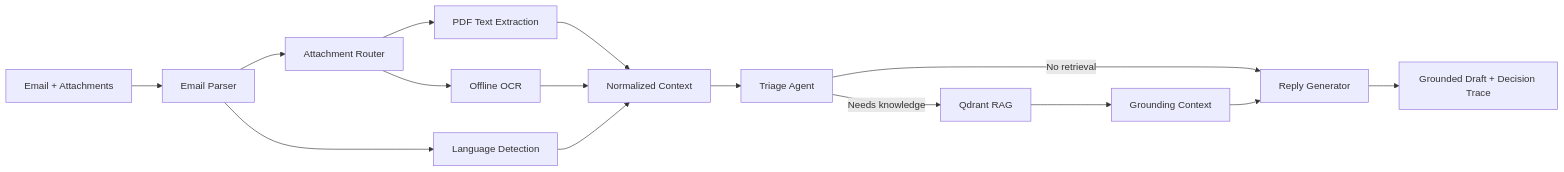
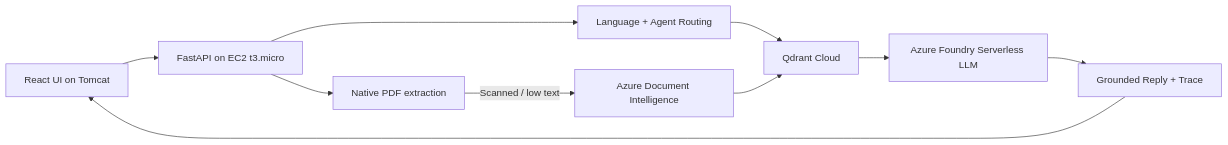
Before and after one commit to kapileshc/email-triage: the diagram in README.md, drawn with Mermaid. The commit also changed other lines of this file and 13 other files, not shown here.

````diff
--- a/README.md
+++ b/README.md
@@ -15,17 +7,12 @@
 ```mermaid
 flowchart LR
-    A[Email + Attachments] --> B[Email Parser]
-    B --> C[Language Detection]
-    B --> D[Attachment Router]
-    D --> E[PDF Text Extraction]
-    D --> F[Offline OCR]
-    E --> G[Normalized Context]
-    F --> G
-    C --> G
-    G --> I[Triage Agent]
-    I -->|Needs knowledge| J[Qdrant RAG]
-    J --> K[Grounding Context]
-    I -->|No retrieval| L[Reply Generator]
-    K --> L
-    L --> M[Grounded Draft + Decision Trace]
+    U[React UI on Tomcat] --> A[FastAPI on EC2 t3.micro]
+    A --> L[Language + Agent Routing]
+    A --> P[Native PDF extraction]
+    P -->|Scanned / low text| O[Azure Document Intelligence]
+    L --> Q[Qdrant Cloud]
+    Q --> M[Azure Foundry Serverless LLM]
+    O --> Q
+    M --> R[Grounded Reply + Trace]
+    R --> U
 ```
````
